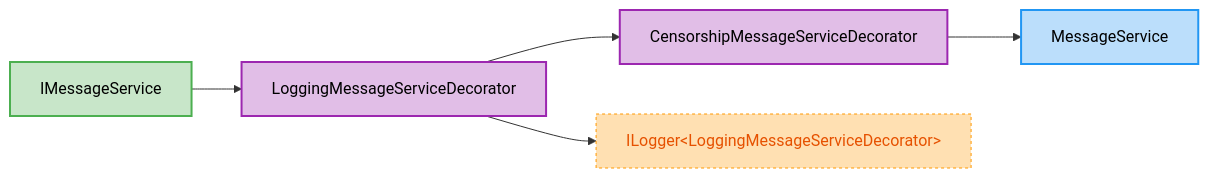
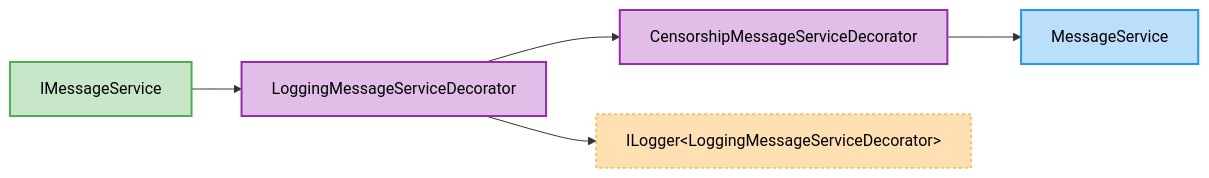
One commit to arika0093/Qudi changed the seventh of 11 diagrams in README.md. Above: the diagram before and after it, drawn with Mermaid. The commit also changed 1 other file, not shown here.

Commit message:
fix: update color definition for external nodes in Mermaid diagram

````diff
--- a/README.md
+++ b/README.md
@@ -1010,23 +1010,23 @@
 ```mermaid
 flowchart LR
     Qudi_Examples_DecoratorPattern_MessageService["MessageService"]
     Qudi_Examples_DecoratorPattern_IMessageService["IMessageService"]
     Qudi_Examples_DecoratorPattern_LoggingMessageServiceDecorator["LoggingMessageServiceDecorator"]
     Qudi_Examples_DecoratorPattern_CensorshipMessageServiceDecorator["CensorshipMessageServiceDecorator"]
     Microsoft_Extensions_Logging_ILogger_Qudi_Examples_DecoratorPattern_LoggingMessageServiceDecorator_["ILogger#lt;LoggingMessageServiceDecorator#gt;"]
     Qudi_Examples_DecoratorPattern_IMessageService --> Qudi_Examples_DecoratorPattern_LoggingMessageServiceDecorator
     Qudi_Examples_DecoratorPattern_LoggingMessageServiceDecorator --> Qudi_Examples_DecoratorPattern_CensorshipMessageServiceDecorator
     Qudi_Examples_DecoratorPattern_LoggingMessageServiceDecorator --> Microsoft_Extensions_Logging_ILogger_Qudi_Examples_DecoratorPattern_LoggingMessageServiceDecorator_
     Qudi_Examples_DecoratorPattern_CensorshipMessageServiceDecorator --> Qudi_Examples_DecoratorPattern_MessageService
     classDef interface fill:#c8e6c9,stroke:#4caf50,stroke-width:2px,color:#000;
     class Qudi_Examples_DecoratorPattern_IMessageService interface;
     classDef cls fill:#bbdefb,stroke:#2196f3,stroke-width:2px,color:#000;
     class Qudi_Examples_DecoratorPattern_MessageService cls;
     class Qudi_Examples_DecoratorPattern_DecoratorPatternExecutor cls;
     classDef decorator fill:#e1bee7,stroke:#9c27b0,stroke-width:2px,color:#000;
     class Qudi_Examples_DecoratorPattern_LoggingMessageServiceDecorator decorator;
     class Qudi_Examples_DecoratorPattern_CensorshipMessageServiceDecorator decorator;
-    classDef external fill:#ffe0b2,stroke:#ff9800,stroke-width:1px,stroke-dasharray:3 3,color:#e65100;
+    classDef external fill:#ffe0b2,stroke:#ff9800,stroke-width:1px,stroke-dasharray:3 3,color:#000;
     class Microsoft_Extensions_Logging_ILogger_Qudi_Examples_DecoratorPattern_LoggingMessageServiceDecorator_ external;
 
 ```
````
